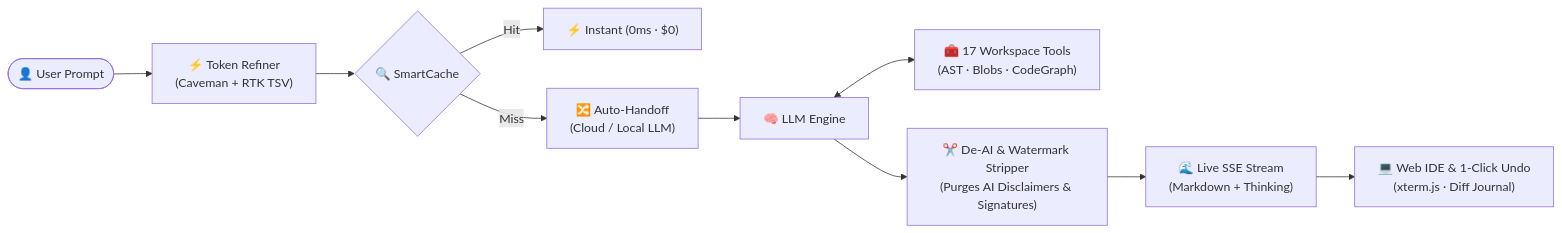
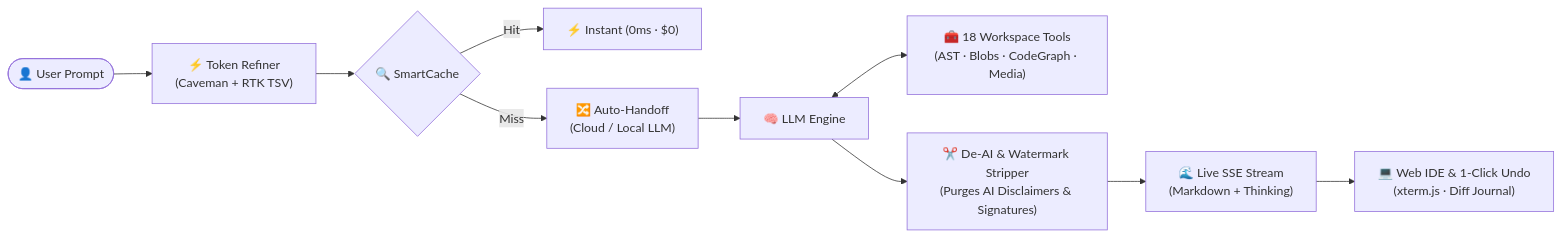
One commit to auarunkumar1/mugil-ide changed the diagram in README.md. Above: the diagram before and after it, drawn with Mermaid. The commit also changed other lines of this file and 36 other files, not shown here.

````diff
--- a/README.md
+++ b/README.md
@@ -62,19 +62,19 @@
 ```mermaid
 flowchart LR
     %% Inbound flow
     User(["👤 User Prompt"]) --> Refine["⚡ Token Refiner\n(Caveman + RTK TSV)"]
     Refine --> Cache{"🔍 SmartCache"}
     
     %% Caching branches
     Cache -- "Hit" --> Cached["⚡ Instant (0ms · $0)"]
     Cache -- "Miss" --> Router["🔀 Auto-Handoff\n(Cloud / Local LLM)"]
     
     %% Execution loop
     Router --> LLM["🧠 LLM Engine"]
-    LLM <--> Tools["🧰 17 Workspace Tools\n(AST · Blobs · CodeGraph)"]
+    LLM <--> Tools["🧰 18 Workspace Tools\n(AST · Blobs · CodeGraph · Media)"]
     
     %% Post-generation cleaning
     LLM --> DeAI["✂️ De-AI & Watermark Stripper\n(Purges AI Disclaimers & Signatures)"]
     DeAI --> Stream["🌊 Live SSE Stream\n(Markdown + Thinking)"]
     Stream --> WebIDE["💻 Web IDE & 1-Click Undo\n(xterm.js · Diff Journal)"]
 ```
````
